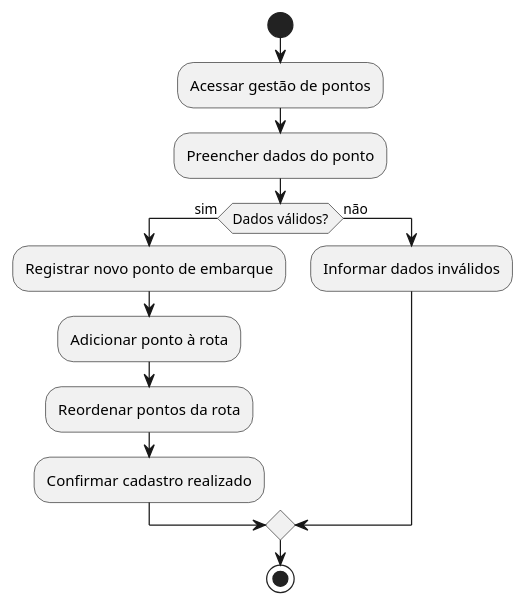
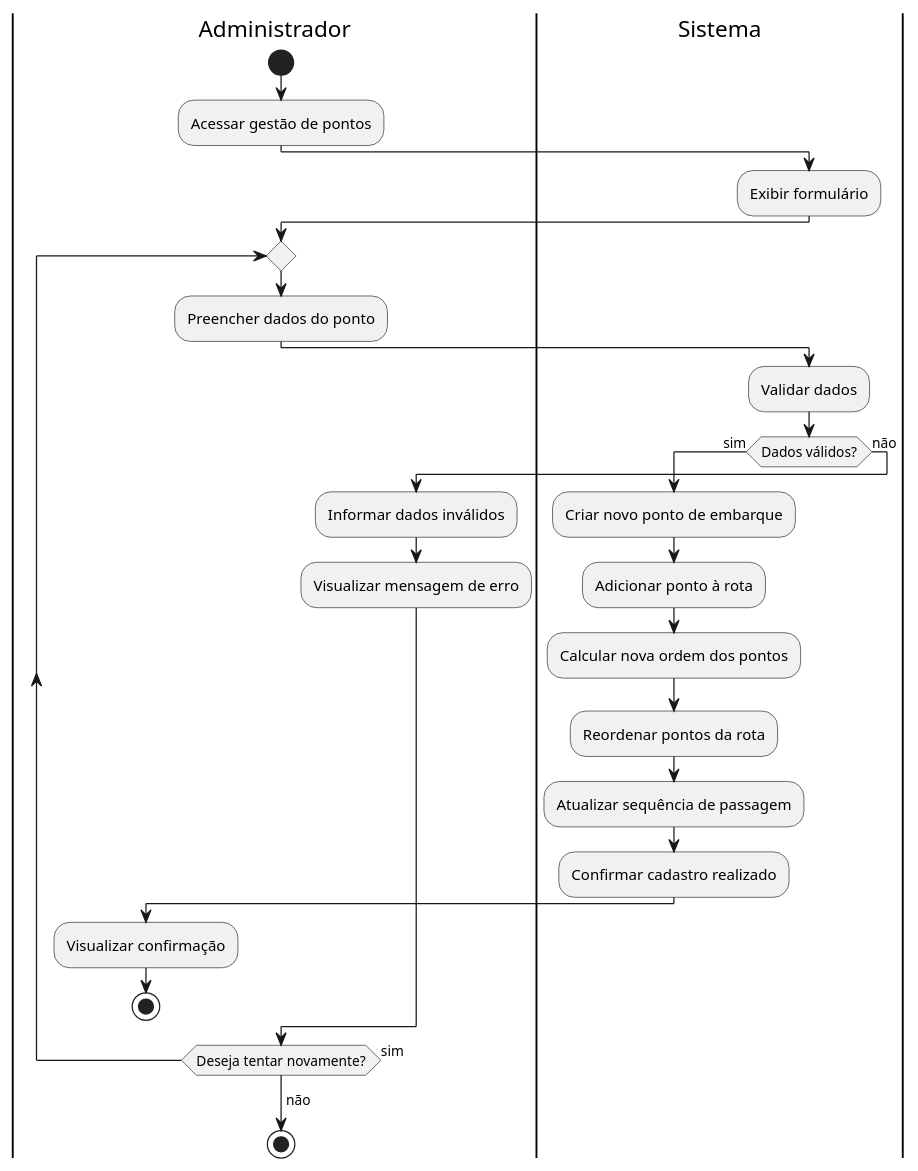
Before and after one commit to viniciusdias2902/modelagem_uml: the diagram in atividades/Caso_13_Atividade.puml, drawn with PlantUML. The commit also changed 32 other files, not shown here.

Commit message:
Correção dos diagramas de atividade

```diff
--- a/atividades/Caso_13_Atividade.puml
+++ b/atividades/Caso_13_Atividade.puml
@@ -1,14 +1,39 @@
 @startuml
+|Administrador|
 start
 :Acessar gestão de pontos;
-:Preencher dados do ponto;
-if (Dados válidos?) then (sim)
-  :Registrar novo ponto de embarque;
-  :Adicionar ponto à rota;
-  :Reordenar pontos da rota;
-  :Confirmar cadastro realizado;
-else (não)
-  :Informar dados inválidos;
-endif
+
+|Sistema|
+:Exibir formulário;
+
+|Administrador|
+repeat
+  :Preencher dados do ponto;
+  
+  |Sistema|
+  :Validar dados;
+  
+  if (Dados válidos?) then (sim)
+    :Criar novo ponto de embarque;
+    :Adicionar ponto à rota;
+    :Calcular nova ordem dos pontos;
+    :Reordenar pontos da rota;
+    :Atualizar sequência de passagem;
+    :Confirmar cadastro realizado;
+    
+    |Administrador|
+    :Visualizar confirmação;
+    stop
+  else (não)
+    :Informar dados inválidos;
+    
+    |Administrador|
+    :Visualizar mensagem de erro;
+  endif
+  
+repeat while (Deseja tentar novamente?) is (sim)
+->não;
+
+|Administrador|
 stop
 @enduml
```
